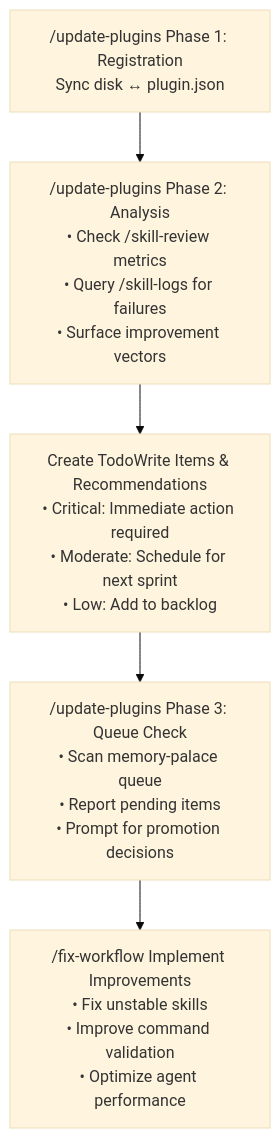
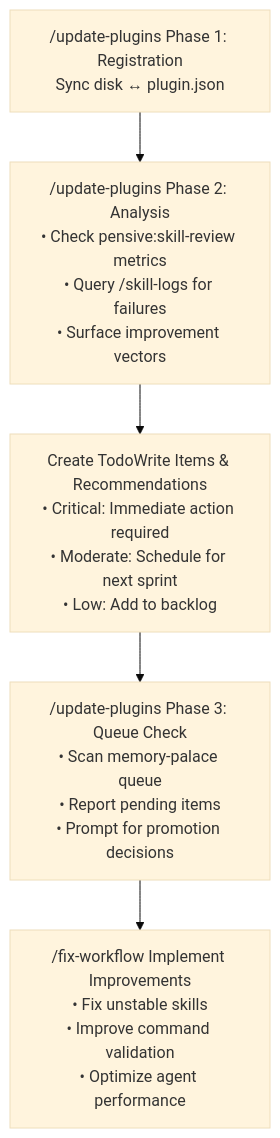
Before and after one commit to athola/claude-night-market: the diagram in plugins/sanctum/commands/update-plugins.md, drawn with Mermaid (base theme). The commit also changed other lines of this file and 6 other files, not shown here.

First line of the commit message:
chore(sanctum): remove duplicate skill-review command

````diff
--- a/plugins/sanctum/commands/update-plugins.md
+++ b/plugins/sanctum/commands/update-plugins.md
@@ -285,8 +285,8 @@
 ```mermaid
 flowchart TD
     A["/update-plugins Phase 1: Registration<br/>Sync disk ↔ plugin.json"] --> B
-    B["/update-plugins Phase 2: Analysis<br/>• Check /skill-review metrics<br/>• Query /skill-logs for failures<br/>• Surface improvement vectors"] --> C
+    B["/update-plugins Phase 2: Analysis<br/>• Check pensive:skill-review metrics<br/>• Query /skill-logs for failures<br/>• Surface improvement vectors"] --> C
     C["Create TodoWrite Items & Recommendations<br/>• Critical: Immediate action required<br/>• Moderate: Schedule for next sprint<br/>• Low: Add to backlog"] --> D
     D["/update-plugins Phase 3: Queue Check<br/>• Scan memory-palace queue<br/>• Report pending items<br/>• Prompt for promotion decisions"] --> E
     E["/fix-workflow Implement Improvements<br/>• Fix unstable skills<br/>• Improve command validation<br/>• Optimize agent performance"]
 ```
````
